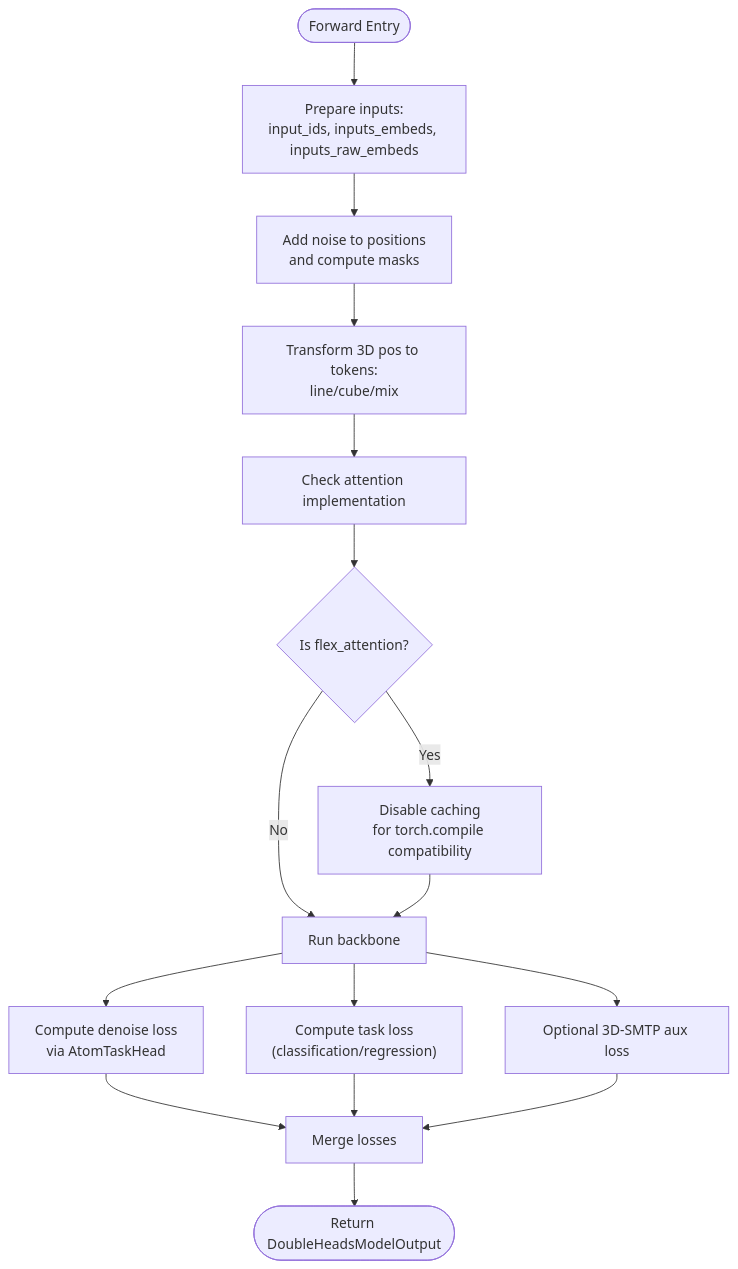
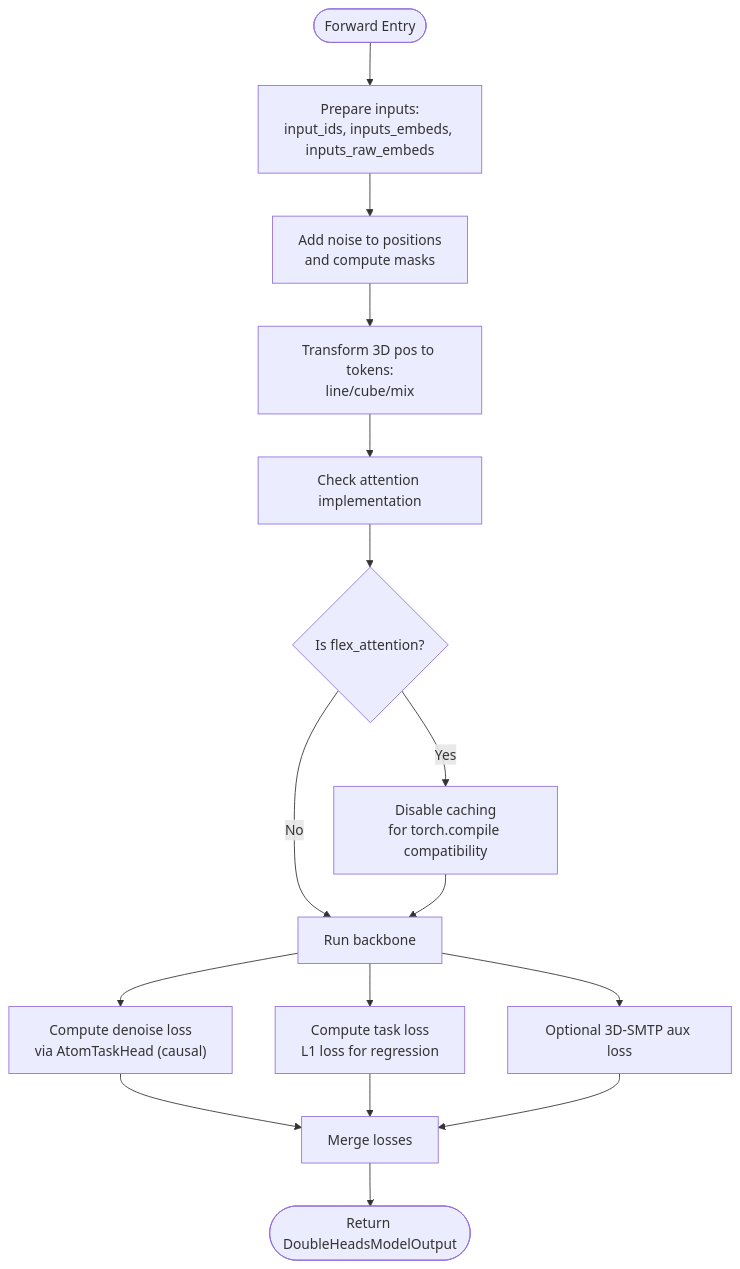
One commit to alibaba/graph-gpt changed the fifth of 6 diagrams in .qoder/repowiki/en/content/Fine-tuning System/Fine-tune Model Architecture.md. Above: the diagram before and after it, drawn with Mermaid. The commit also changed other lines of this file and 7 other files, not shown here.

````diff
--- a/.qoder/repowiki/en/content/Fine-tuning System/Fine-tune Model Architecture.md
+++ b/.qoder/repowiki/en/content/Fine-tuning System/Fine-tune Model Architecture.md
@@ -253,18 +259,18 @@
 ```mermaid
 flowchart TD
 Start(["Forward Entry"]) --> Prep["Prepare inputs:<br/>input_ids, inputs_embeds, inputs_raw_embeds"]
 Prep --> Noise["Add noise to positions<br/>and compute masks"]
 Noise --> Transform["Transform 3D pos to tokens:<br/>line/cube/mix"]
 Transform --> CheckCache["Check attention implementation"]
 CheckCache --> FlexCheck{"Is flex_attention?"}
 FlexCheck --> |Yes| DisableCache["Disable caching<br/>for torch.compile compatibility"]
 FlexCheck --> |No| RunBackbone["Run backbone"]
 DisableCache --> RunBackbone
-RunBackbone --> Denoise["Compute denoise loss<br/>via AtomTaskHead"]
-RunBackbone --> Task["Compute task loss<br/>(classification/regression)"]
+RunBackbone --> Denoise["Compute denoise loss<br/>via AtomTaskHead (causal)"]
+RunBackbone --> Task["Compute task loss<br/>L1 loss for regression"]
 RunBackbone --> SMTP["Optional 3D-SMTP aux loss"]
 Denoise --> Merge["Merge losses"]
 Task --> Merge
 SMTP --> Merge
 Merge --> End(["Return DoubleHeadsModelOutput"])
 ```
````
